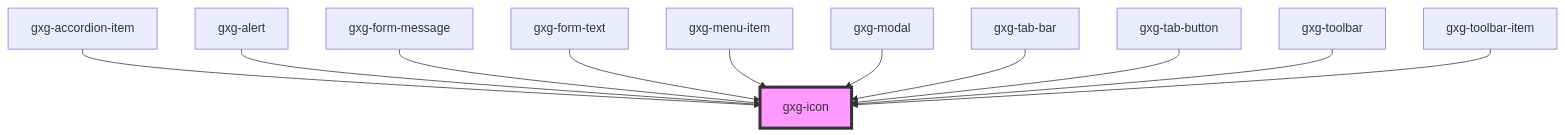
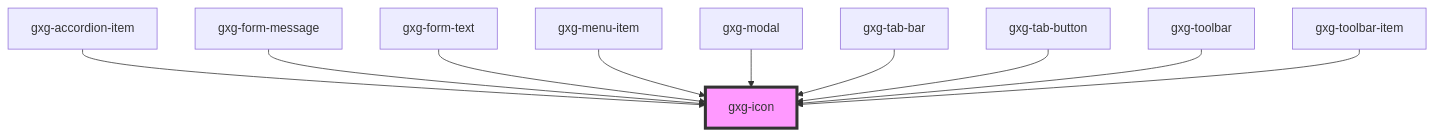
Before and after one commit to genexuslabs/gemini: the diagram in src/components/icon/readme.md, drawn with Mermaid. The commit also changed other lines of this file and 12 other files, not shown here.

````diff
--- a/src/components/icon/readme.md
+++ b/src/components/icon/readme.md
@@ -39,14 +38,13 @@
 ```mermaid
 graph TD;
   gxg-accordion-item --> gxg-icon
-  gxg-alert --> gxg-icon
   gxg-form-message --> gxg-icon
   gxg-form-text --> gxg-icon
   gxg-menu-item --> gxg-icon
   gxg-modal --> gxg-icon
   gxg-tab-bar --> gxg-icon
   gxg-tab-button --> gxg-icon
   gxg-toolbar --> gxg-icon
   gxg-toolbar-item --> gxg-icon
   style gxg-icon fill:#f9f,stroke:#333,stroke-width:4px
 ```
````
